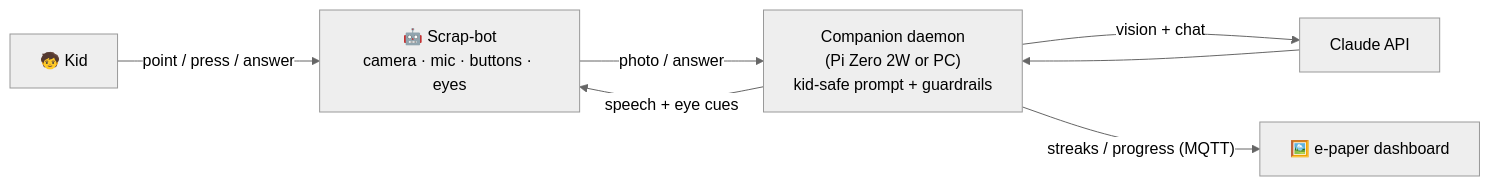
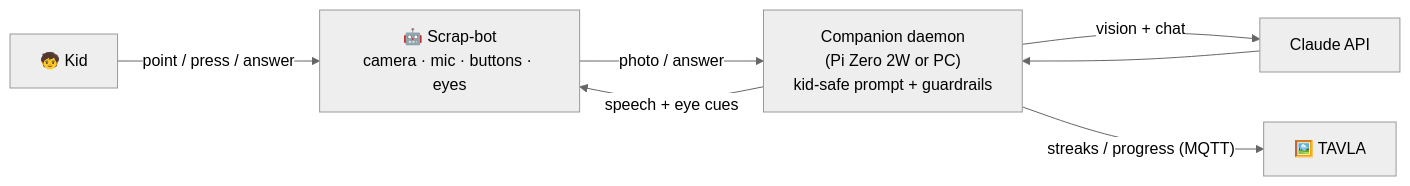
The sixth of 6 diagrams in README.md (bjadda/TORDEN-familylab), drawn with Mermaid (neutral theme) before and after one commit. The commit also changed other lines of this file and 5 other files, not shown here.

````diff
--- a/README.md
+++ b/README.md
@@ -168,9 +220,9 @@
 ```mermaid
 flowchart LR
     KID["🧒 Kid"] -- "point / press / answer" --> BOT["🤖 Scrap-bot<br/>camera · mic · buttons · eyes"]
     BOT -- "photo / answer" --> DAEMON["Companion daemon<br/>(Pi Zero 2W or PC)<br/>kid-safe prompt + guardrails"]
     DAEMON -- "vision + chat" --> CLAUDE["Claude API"]
     CLAUDE --> DAEMON
     DAEMON -- "speech + eye cues" --> BOT
-    DAEMON -- "streaks / progress (MQTT)" --> EPD3["🖼️ e-paper dashboard"]
+    DAEMON -- "streaks / progress (MQTT)" --> EPD3["🖼️ TAVLA"]
 ```
````
